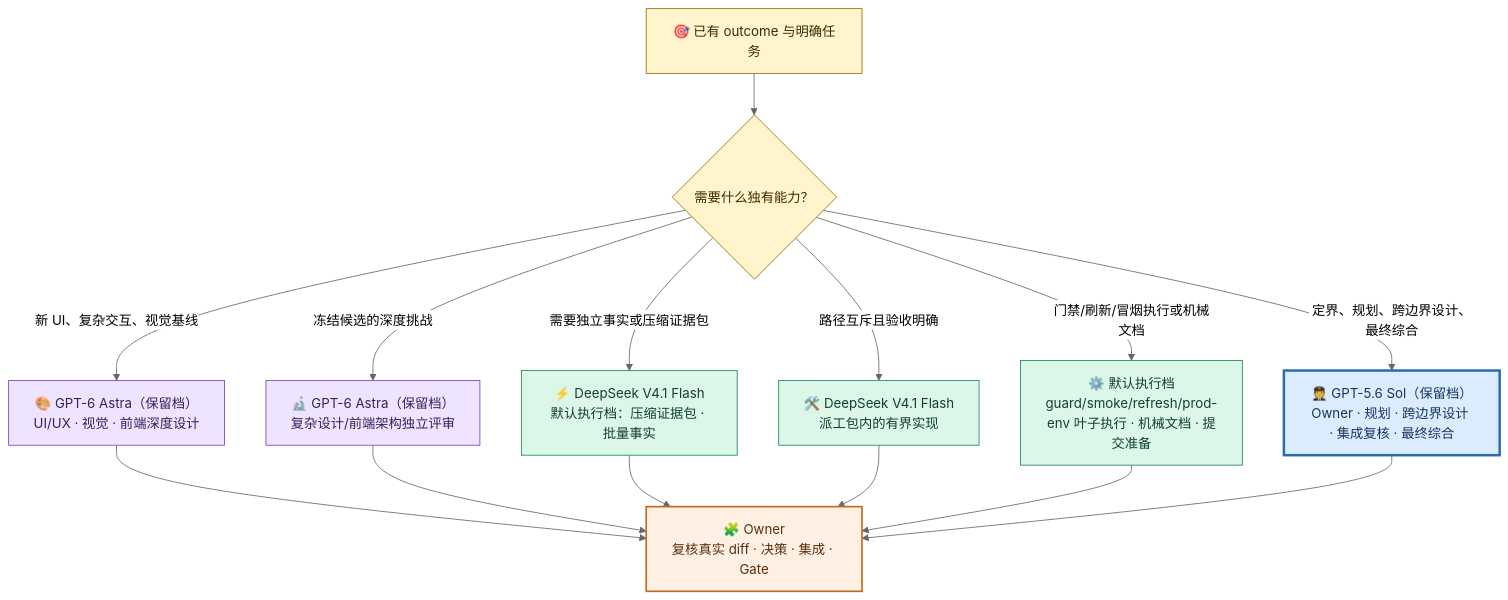
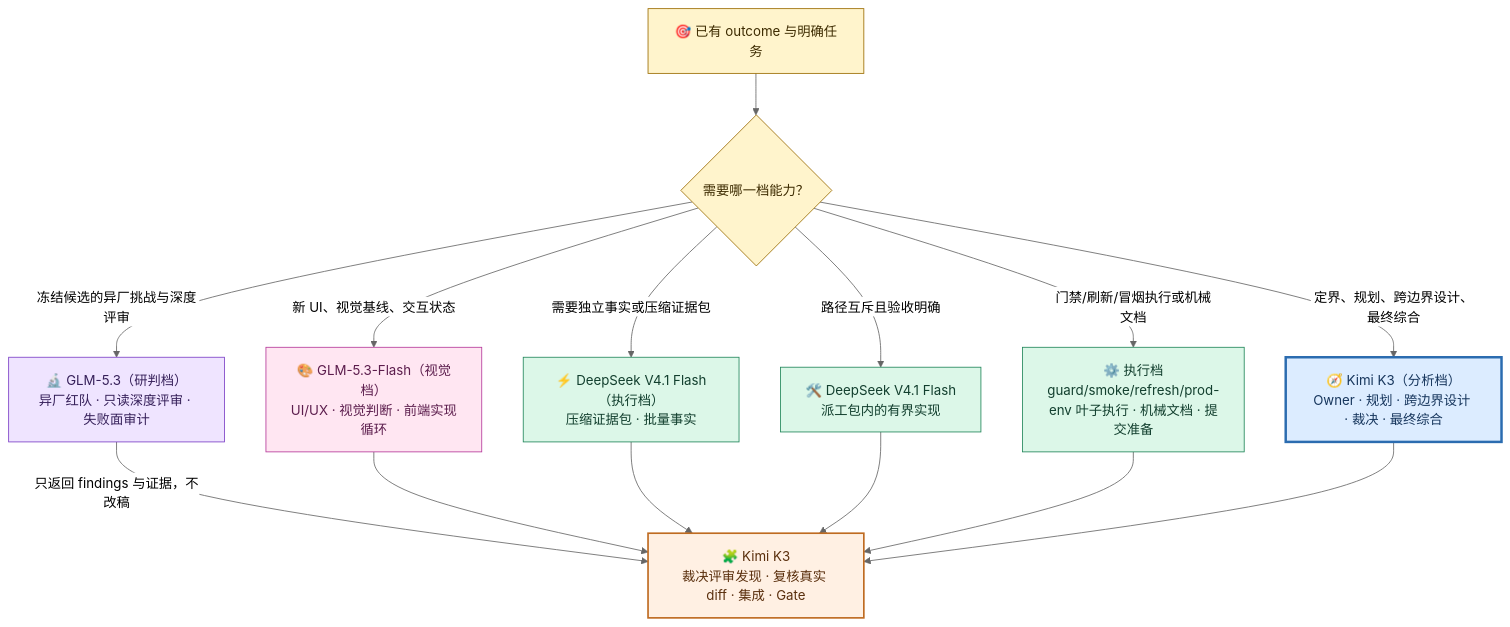
One commit to kldancer/team-os changed the third of 7 diagrams in docs/使用手册/02-Pi-OMP-Team-OS日常工作流使用手册.md. Above: the diagram before and after it, drawn with Mermaid (neutral theme). The commit also changed other lines of this file and 16 other files, not shown here.

````diff
--- a/docs/使用手册/02-Pi-OMP-Team-OS日常工作流使用手册.md
+++ b/docs/使用手册/02-Pi-OMP-Team-OS日常工作流使用手册.md
@@ -177,37 +177,39 @@
 ```mermaid
 flowchart TB
     TASK["🎯 已有 outcome 与明确任务"]
-    KIND{"需要什么独有能力？"}
-    SOL["🧑‍✈️ GPT-5.6 Sol（保留档）<br/>Owner · 规划 · 跨边界设计 · 集成复核 · 最终综合"]
-    UI["🎨 GPT-6 Astra（保留档）<br/>UI/UX · 视觉 · 前端深度设计"]
-    REVIEW["🔬 GPT-6 Astra（保留档）<br/>复杂设计/前端架构独立评审"]
-    FAST["⚡ DeepSeek V4.1 Flash<br/>默认执行档：压缩证据包 · 批量事实"]
+    KIND{"需要哪一档能力？"}
+    K3["🧭 Kimi K3（分析档）<br/>Owner · 规划 · 跨边界设计 · 裁决 · 最终综合"]
+    GLM["🔬 GLM-5.3（研判档）<br/>异厂红队 · 只读深度评审 · 失败面审计"]
+    VLM["🎨 GLM-5.3-Flash（视觉档）<br/>UI/UX · 视觉判断 · 前端实现循环"]
+    FAST["⚡ DeepSeek V4.1 Flash（执行档）<br/>压缩证据包 · 批量事实"]
     WRITE["🛠️ DeepSeek V4.1 Flash<br/>派工包内的有界实现"]
-    LEAF["⚙️ 默认执行档<br/>guard/smoke/refresh/prod-env 叶子执行 · 机械文档 · 提交准备"]
-    MERGE["🧩 Owner<br/>复核真实 diff · 决策 · 集成 · Gate"]
+    LEAF["⚙️ 执行档<br/>guard/smoke/refresh/prod-env 叶子执行 · 机械文档 · 提交准备"]
+    MERGE["🧩 Kimi K3<br/>裁决评审发现 · 复核真实 diff · 集成 · Gate"]
 
     TASK --> KIND
-    KIND -->|"定界、规划、跨边界设计、最终综合"| SOL
-    KIND -->|"新 UI、复杂交互、视觉基线"| UI
-    KIND -->|"冻结候选的深度挑战"| REVIEW
+    KIND -->|"定界、规划、跨边界设计、最终综合"| K3
+    KIND -->|"冻结候选的异厂挑战与深度评审"| GLM
+    KIND -->|"新 UI、视觉基线、交互状态"| VLM
     KIND -->|"需要独立事实或压缩证据包"| FAST
     KIND -->|"路径互斥且验收明确"| WRITE
     KIND -->|"门禁/刷新/冒烟执行或机械文档"| LEAF
-    UI --> MERGE
-    REVIEW --> MERGE
+    GLM -->|"只返回 findings 与证据，不改稿"| MERGE
+    VLM --> MERGE
     FAST --> MERGE
     WRITE --> MERGE
     LEAF --> MERGE
-    SOL --> MERGE
+    K3 --> MERGE
 
     classDef input fill:#fff4cc,stroke:#9a6b00,color:#3d2b00;
-    classDef owner fill:#dcecff,stroke:#2b6cb0,color:#17365d,stroke-width:3px;
-    classDef astra fill:#efe4ff,stroke:#7b3fc6,color:#36205a;
-    classDef deepseek fill:#dcf7e8,stroke:#21865a,color:#123f2e;
+    classDef analysis fill:#dcecff,stroke:#2b6cb0,color:#17365d,stroke-width:3px;
+    classDef judge fill:#efe4ff,stroke:#7b3fc6,color:#36205a;
+    classDef vision fill:#ffe6f2,stroke:#b5399a,color:#5c1d4d;
+    classDef exec fill:#dcf7e8,stroke:#21865a,color:#123f2e;
     classDef merge fill:#fff0e3,stroke:#bf6b21,color:#5a2f0d,stroke-width:2px;
     class TASK,KIND input;
-    class SOL owner;
-    class UI,REVIEW astra;
-    class FAST,WRITE,LEAF deepseek;
+    class K3 analysis;
+    class GLM judge;
+    class VLM vision;
+    class FAST,WRITE,LEAF exec;
     class MERGE merge;
 ```
````
